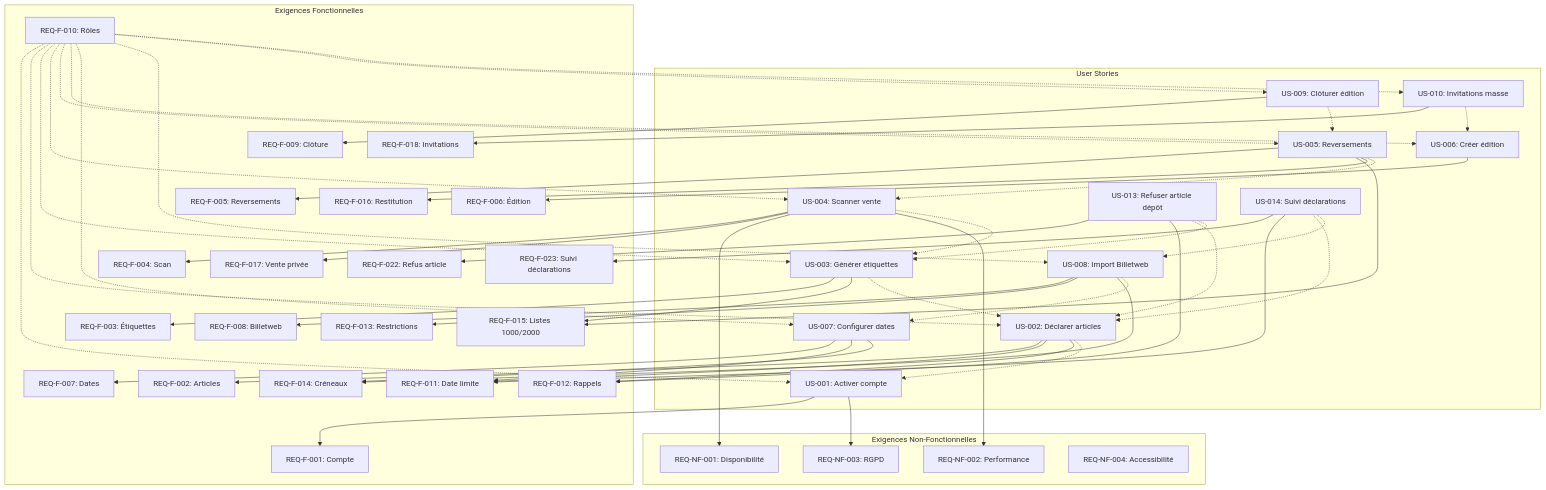
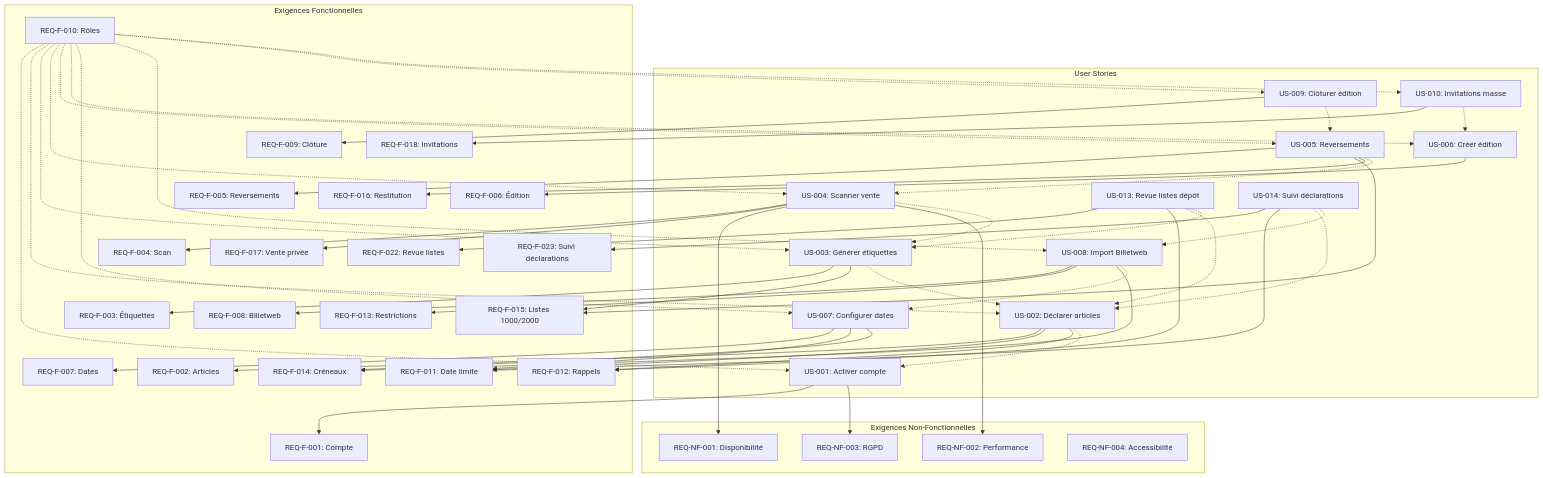
The diagram in docs/traceability.md (ALPE-Plaisance-du-Touch/Gestionnaire-de-Bourse-ALPE), drawn with Mermaid before and after one commit. The commit also changed other lines of this file and 5 other files, not shown here.

```diff
--- a/docs/traceability.md
+++ b/docs/traceability.md
@@ -756,7 +766,7 @@
         US008[US-008: Import Billetweb]
         US009[US-009: Clôturer édition]
         US010[US-010: Invitations masse]
-        US013[US-013: Refuser article dépôt]
+        US013[US-013: Revue listes dépôt]
         US014[US-014: Suivi déclarations]
     end
 
@@ -779,7 +789,7 @@
         REQ016[REQ-F-016: Restitution]
         REQ017[REQ-F-017: Vente privée]
         REQ018[REQ-F-018: Invitations]
-        REQ022[REQ-F-022: Refus article]
+        REQ022[REQ-F-022: Revue listes]
         REQ023[REQ-F-023: Suivi déclarations]
     end
 
```
